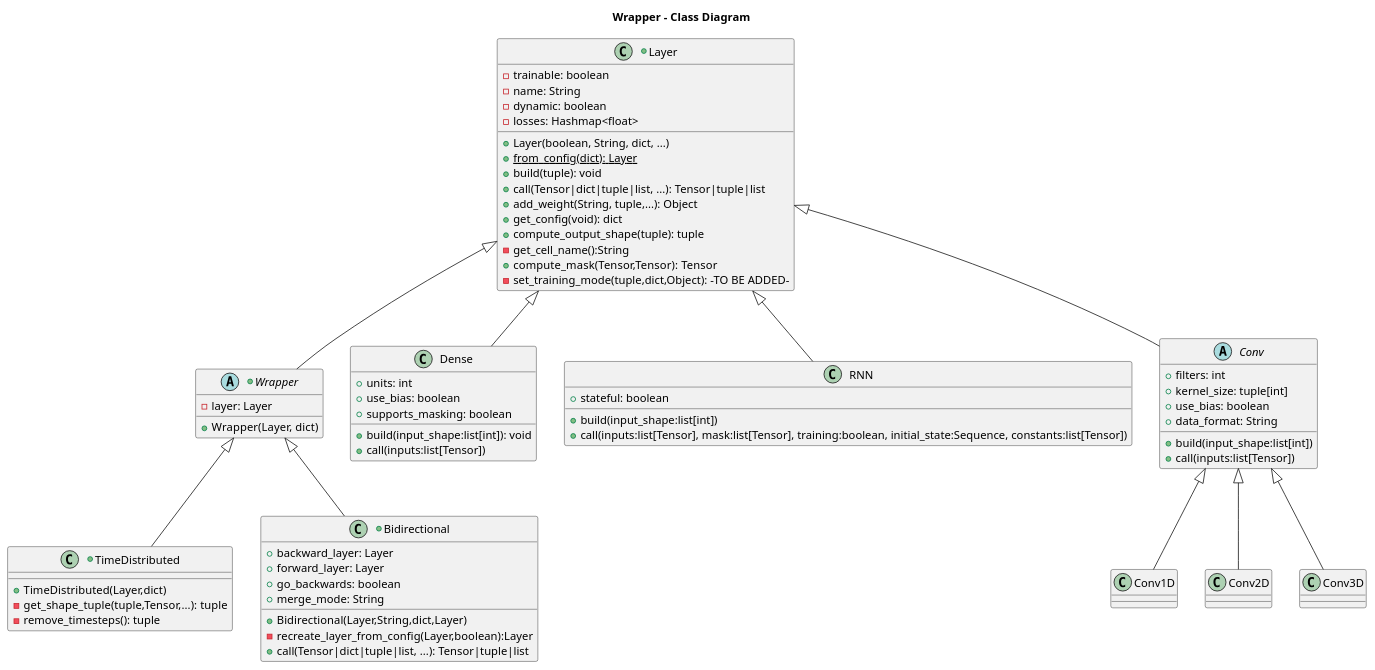
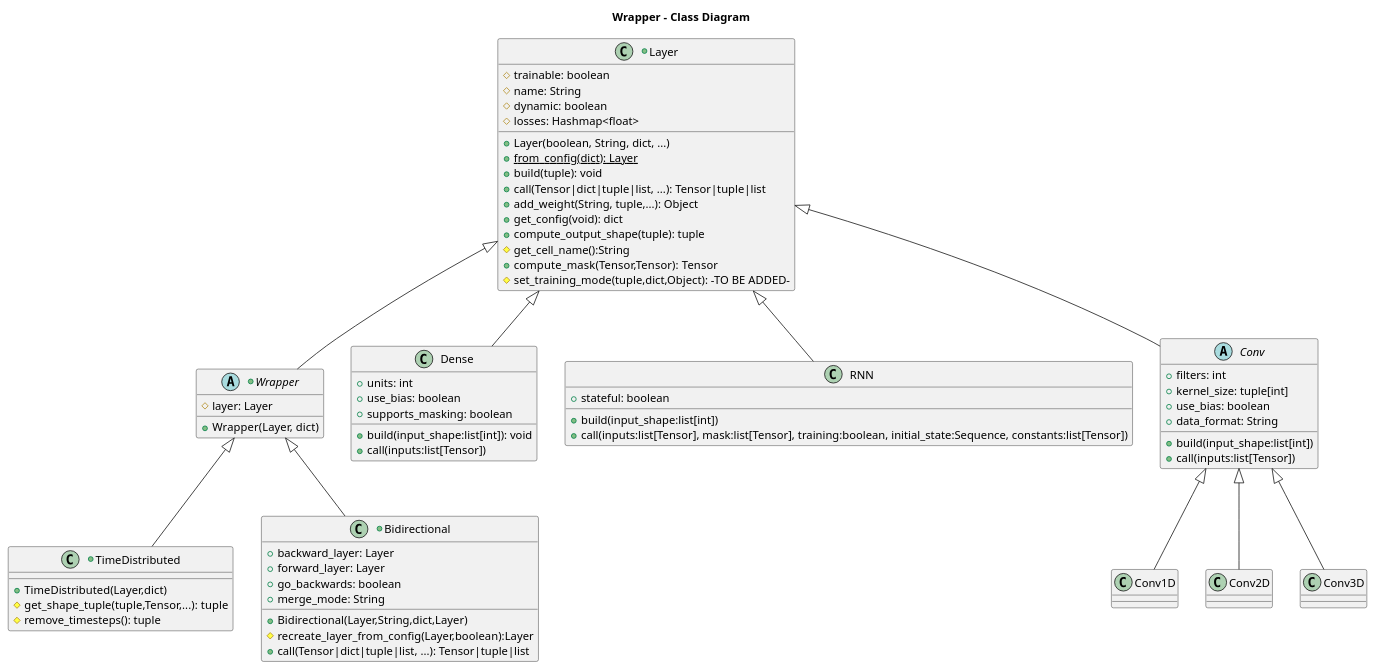
One commit to pholpaphankorn/keras_softarch_assignment changed the diagram in uml_diagram/src/keras_wrapper.puml. Above: the diagram before and after it, drawn with PlantUML.

Commit message:
change to protected

```diff
--- a/uml_diagram/src/keras_wrapper.puml
+++ b/uml_diagram/src/keras_wrapper.puml
@@ -1,74 +1,74 @@
 @startuml
 
 title Wrapper - Class Diagram
     
 
 +abstract class Wrapper extends Layer{
-    - layer: Layer
+    # layer: Layer
     + Wrapper(Layer, dict)
     
 }
 
 +class Layer{
-    - trainable: boolean
-    - name: String
-    - dynamic: boolean
-    - losses: Hashmap<float>
+    # trainable: boolean
+    # name: String
+    # dynamic: boolean
+    # losses: Hashmap<float>
     + Layer(boolean, String, dict, ...)
     +{static}from_config(dict): Layer
     + build(tuple): void
     + call(Tensor|dict|tuple|list, ...): Tensor|tuple|list
     + add_weight(String, tuple,...): Object
     + get_config(void): dict
     + compute_output_shape(tuple): tuple
-    - get_cell_name():String
+    # get_cell_name():String
     + compute_mask(Tensor,Tensor): Tensor
-    - set_training_mode(tuple,dict,Object): -TO BE ADDED-
+    # set_training_mode(tuple,dict,Object): -TO BE ADDED-
 }
 
 +class TimeDistributed extends Wrapper{
     + TimeDistributed(Layer,dict)
-    - get_shape_tuple(tuple,Tensor,...): tuple
-    - remove_timesteps(): tuple
+    # get_shape_tuple(tuple,Tensor,...): tuple
+    # remove_timesteps(): tuple
 }
 class Dense extends Layer {
     +build(input_shape:list[int]): void
     +call(inputs:list[Tensor])
     +units: int
     +use_bias: boolean
     +supports_masking: boolean
 }
 
 class RNN extends Layer {
     +build(input_shape:list[int])
     +call(inputs:list[Tensor], mask:list[Tensor], training:boolean, initial_state:Sequence, constants:list[Tensor])
     +stateful: boolean
 }
 
 abstract class Conv extends Layer {
     +build(input_shape:list[int])
     +call(inputs:list[Tensor])
     +filters: int
     +kernel_size: tuple[int]
     +use_bias: boolean
     +data_format: String
 }
 class Conv1D extends Conv{
     
 }
 class Conv2D extends Conv{
 
 }
 class Conv3D extends Conv{
     
 }
 +class Bidirectional extends Wrapper{
     + Bidirectional(Layer,String,dict,Layer)
     + backward_layer: Layer
     + forward_layer: Layer
     + go_backwards: boolean
     + merge_mode: String
-    - recreate_layer_from_config(Layer,boolean):Layer
+    # recreate_layer_from_config(Layer,boolean):Layer
     + call(Tensor|dict|tuple|list, ...): Tensor|tuple|list
 }
 @enduml
```
